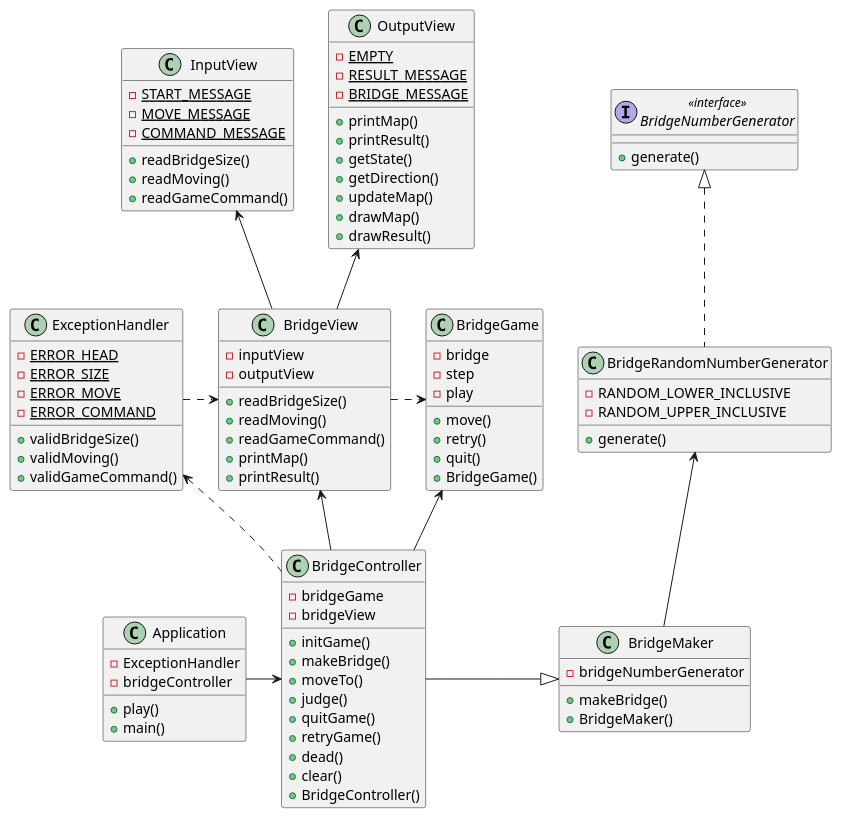
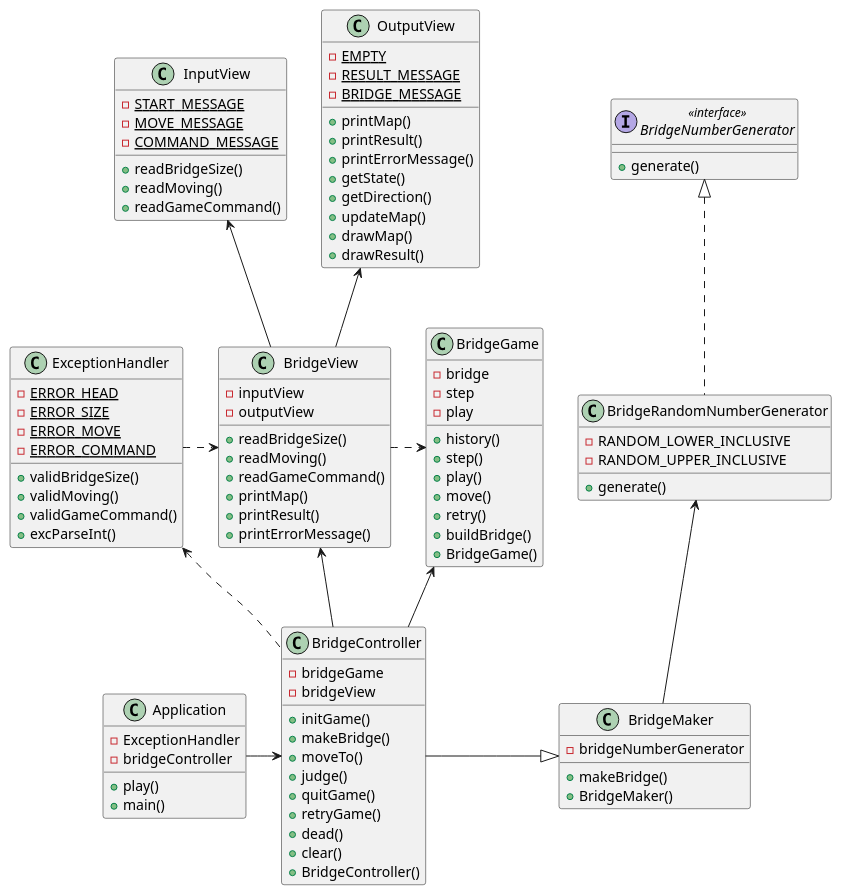
Before and after one commit to woowacourse-precourse/java-bridge: the diagram in docs/bridgeUML.puml, drawn with PlantUML. The commit also changed 2 other files, not shown here.

Commit message:
docs(java-bridge/docs): 기능 문서 및 클래스 다이어그램 수정

```diff
--- a/docs/bridgeUML.puml
+++ b/docs/bridgeUML.puml
@@ -1,126 +1,131 @@
 @startuml
 
 class ExceptionHandler
 class BridgeGame
 class BridgeController
 class BridgeMaker
 class BridgeNumberGenerator
 class BridgeRandomNumberGenerator
 class InputView
 class OutputView
 class Application
 
 
 BridgeController -up-> BridgeGame
 
 BridgeController -up-> BridgeView
 BridgeController -right-|> BridgeMaker
 
 
 BridgeView -up-> OutputView
 BridgeView -up-> InputView
 
 BridgeRandomNumberGenerator .up.|> BridgeNumberGenerator
 BridgeMaker -up-> BridgeRandomNumberGenerator
 
 Application -right-> BridgeController
 ExceptionHandler .right.> BridgeView
 BridgeController .up.> ExceptionHandler
 BridgeView .right.> BridgeGame
 
 
 class Application{
     - ExceptionHandler
     - bridgeController
     + play()
     + main()
 }
 
 class BridgeGame{
     - bridge
     - step
     - play
+    + history()
+    + step()
+    + play()
     + move()
     + retry()
-    + quit()
+    + buildBridge()
     + BridgeGame()
 }
 
 class BridgeController{
     - bridgeGame
     - bridgeView
 
     + initGame()
     + makeBridge()
     + moveTo()
     + judge()
     + quitGame()
     + retryGame()
     + dead()
     + clear()
     + BridgeController()
 }
 
 class BridgeMaker{
     - bridgeNumberGenerator
     + makeBridge()
     + BridgeMaker()
 }
 
 interface BridgeNumberGenerator <<interface>>{
     + generate()
 }
 
 class BridgeRandomNumberGenerator{
     - RANDOM_LOWER_INCLUSIVE
     - RANDOM_UPPER_INCLUSIVE
     + generate()
 }
 
 class BridgeView{
     - inputView
     - outputView
     + readBridgeSize()
     + readMoving()
     + readGameCommand()
     + printMap()
     + printResult()
+    + printErrorMessage()
 }
 
 class InputView{
     - {static} START_MESSAGE
     - {static} MOVE_MESSAGE
     - {static} COMMAND_MESSAGE
 
     + readBridgeSize()
     + readMoving()
     + readGameCommand()
 }
 
 class OutputView{
     - {static} EMPTY
     - {static} RESULT_MESSAGE
     - {static} BRIDGE_MESSAGE
     + printMap()
     + printResult()
+    + printErrorMessage()
     + getState()
     + getDirection()
     + updateMap()
     + drawMap()
     + drawResult()
 }
 
 class ExceptionHandler{
     - {static} ERROR_HEAD
     - {static} ERROR_SIZE
     - {static} ERROR_MOVE
     - {static} ERROR_COMMAND
     + validBridgeSize()
     + validMoving()
     + validGameCommand()
-
+    + excParseInt()
 }
 
 
 
 @enduml
```
